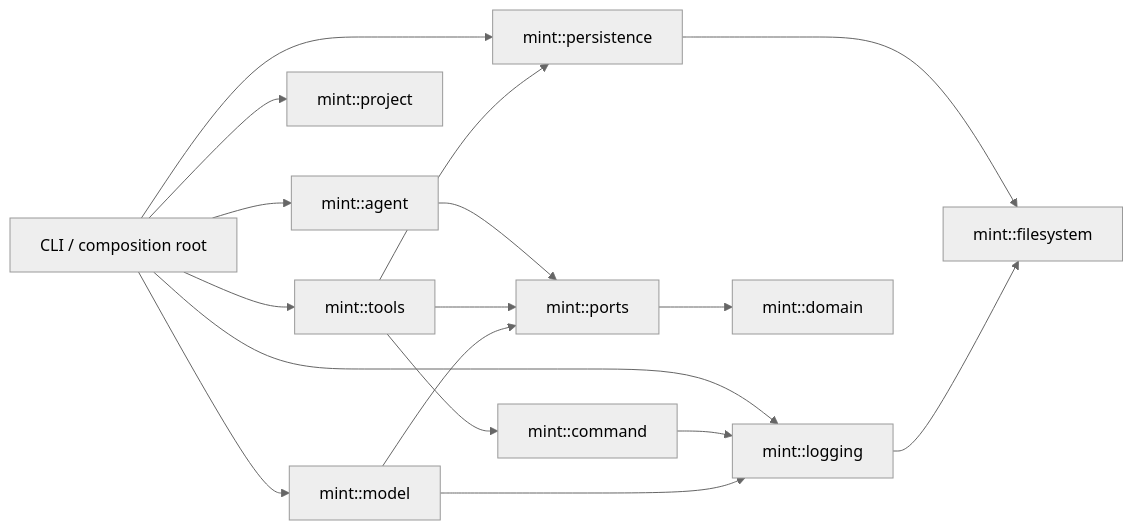
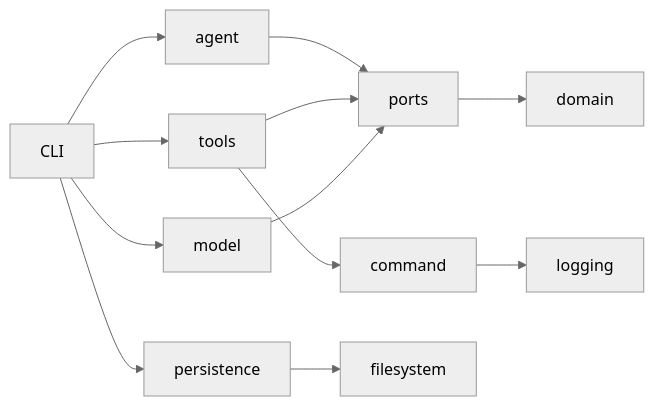
The second of 2 diagrams in docs/concepts/architecture.md (calvinhxx/mint), drawn with Mermaid (neutral theme) before and after one commit. The commit also changed other lines of this file and 12 other files, not shown here.

````diff
--- a/docs/concepts/architecture.md
+++ b/docs/concepts/architecture.md
@@ -68,19 +63,14 @@
-~~~mermaid
+```mermaid
 flowchart LR
-    cli["CLI / composition root"] --> agent["mint::agent"]
-    cli --> project["mint::project"]
-    cli --> tools["mint::tools"]
-    cli --> model["mint::model"]
-    cli --> persistence["mint::persistence"]
-    cli --> logging["mint::logging"]
-    agent --> ports["mint::ports"]
+    cli["CLI"] --> agent["agent"]
+    cli --> tools["tools"]
+    cli --> model["model"]
+    cli --> persistence["persistence"]
+    agent --> ports["ports"]
     tools --> ports
-    tools --> command["mint::command"]
-    tools --> persistence
+    tools --> command["command"]
     model --> ports
-    command --> logging
-    model --> logging
-    persistence --> filesystem["mint::filesystem"]
-    logging --> filesystem
-    ports --> domain["mint::domain"]
-~~~
+    ports --> domain["domain"]
+    command --> logging["logging"]
+    persistence --> filesystem["filesystem"]
+```
````
